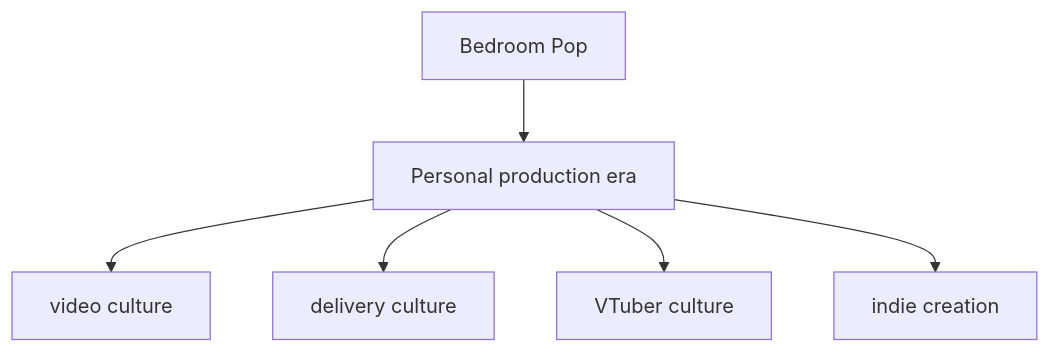
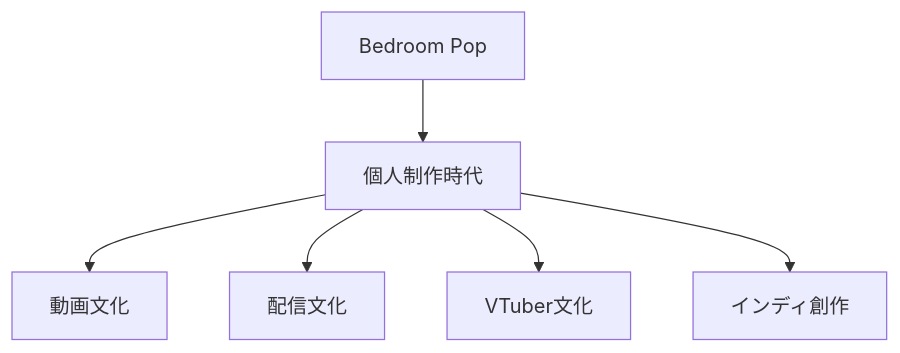
Before and after one commit to monumental-movement/monumental-movement.github.io: the eighth of 8 diagrams in en/_posts/2026-05-24-column-bedroom-pop.md, drawn with Mermaid. The commit also changed other lines of this file and 2196 other files, not shown here.

```diff
--- a/en/_posts/2026-05-24-column-bedroom-pop.md
+++ b/en/_posts/2026-05-24-column-bedroom-pop.md
@@ -522,8 +522,8 @@
 <div class="mermaid">
 flowchart TD
-A[Bedroom Pop] --> B[Personal production era]
-B --> C[video culture]
-B --> D[delivery culture]
-B --> E[VTuber culture]
-B --> F[indie creation]
+A[Bedroom Pop] --> B[個人制作時代]
+B --> C[動画文化]
+B --> D[配信文化]
+B --> E[VTuber文化]
+B --> F[インディ創作]
 </div>
```
